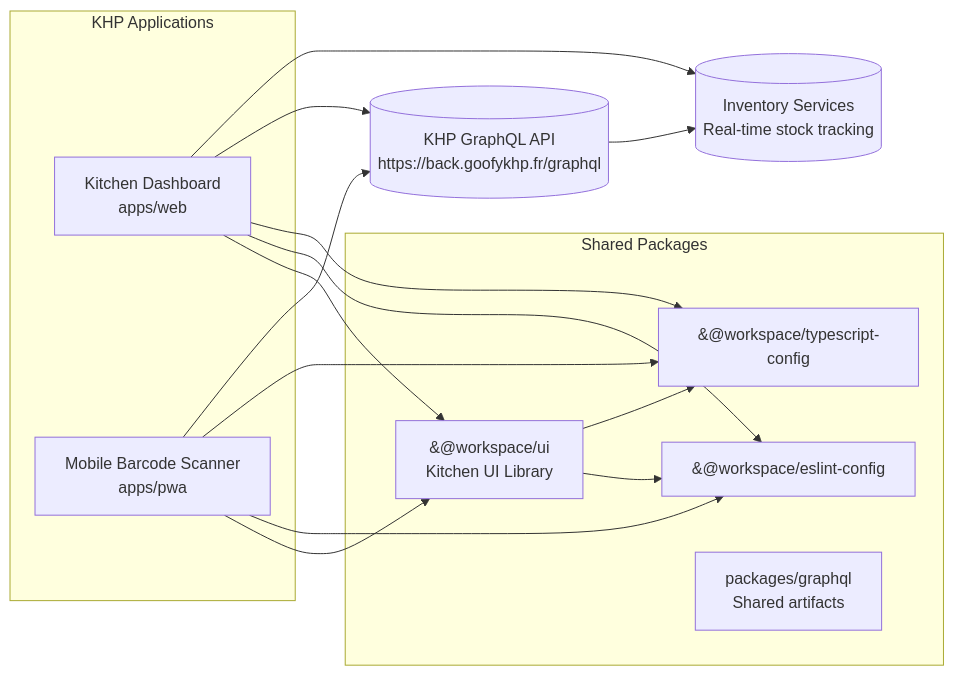
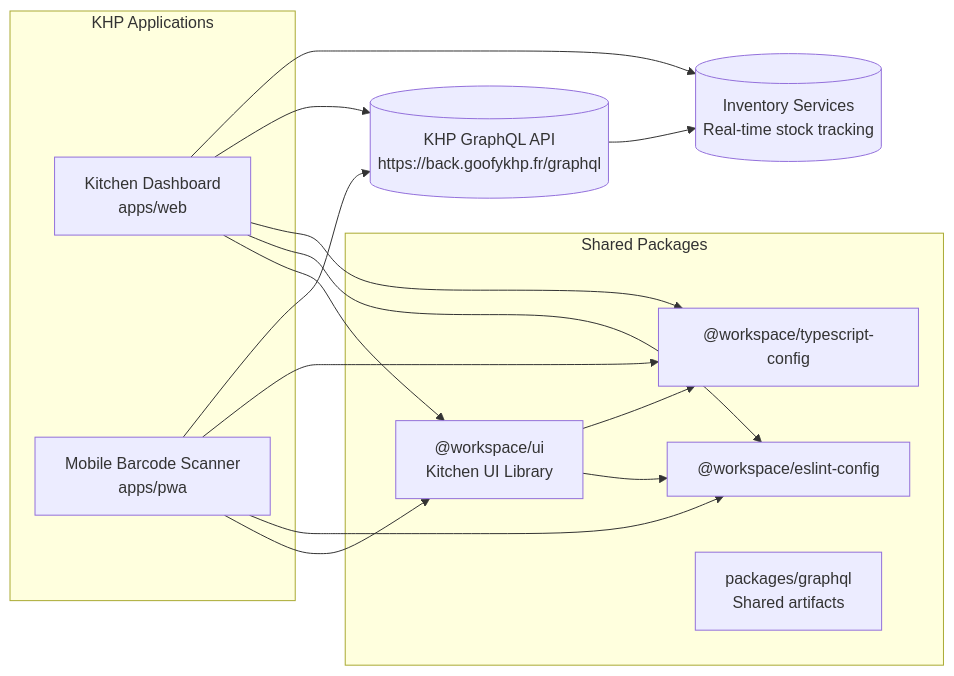
The first of 3 diagrams in README.md (GoofyTeam/KHP-front), drawn with Mermaid before and after one commit.

Commit message:
[KHP-000] fix(readme): markdown syntax for shared packages in README

````diff
--- a/README.md
+++ b/README.md
@@ -18,30 +18,30 @@
 ```mermaid
 flowchart LR
   subgraph "KHP Applications"
     Web[Kitchen Dashboard<br/>apps/web]
     PWA[Mobile Barcode Scanner<br/>apps/pwa]
   end
 
   subgraph Shared Packages
-    UI[&#64;workspace/ui<br/>Kitchen UI Library]
-    ESLint[&#64;workspace/eslint-config]
-    TS[&#64;workspace/typescript-config]
+    UI[#64;workspace/ui<br/>Kitchen UI Library]
+    ESLint[#64;workspace/eslint-config]
+    TS[#64;workspace/typescript-config]
     GQL[packages/graphql<br/>Shared artifacts]
   end
 
   Backend[(KHP GraphQL API<br/>https://back.goofykhp.fr/graphql)]
   InventoryDB[(Inventory Services<br/>Real-time stock tracking)]
 
   Web --> UI
   Web --> ESLint
   Web --> TS
   PWA --> UI
   PWA --> ESLint
   PWA --> TS
   UI --> ESLint
   UI --> TS
   Web --> Backend
   PWA --> Backend
   Backend --> InventoryDB
   Web --> InventoryDB
 ```
````
